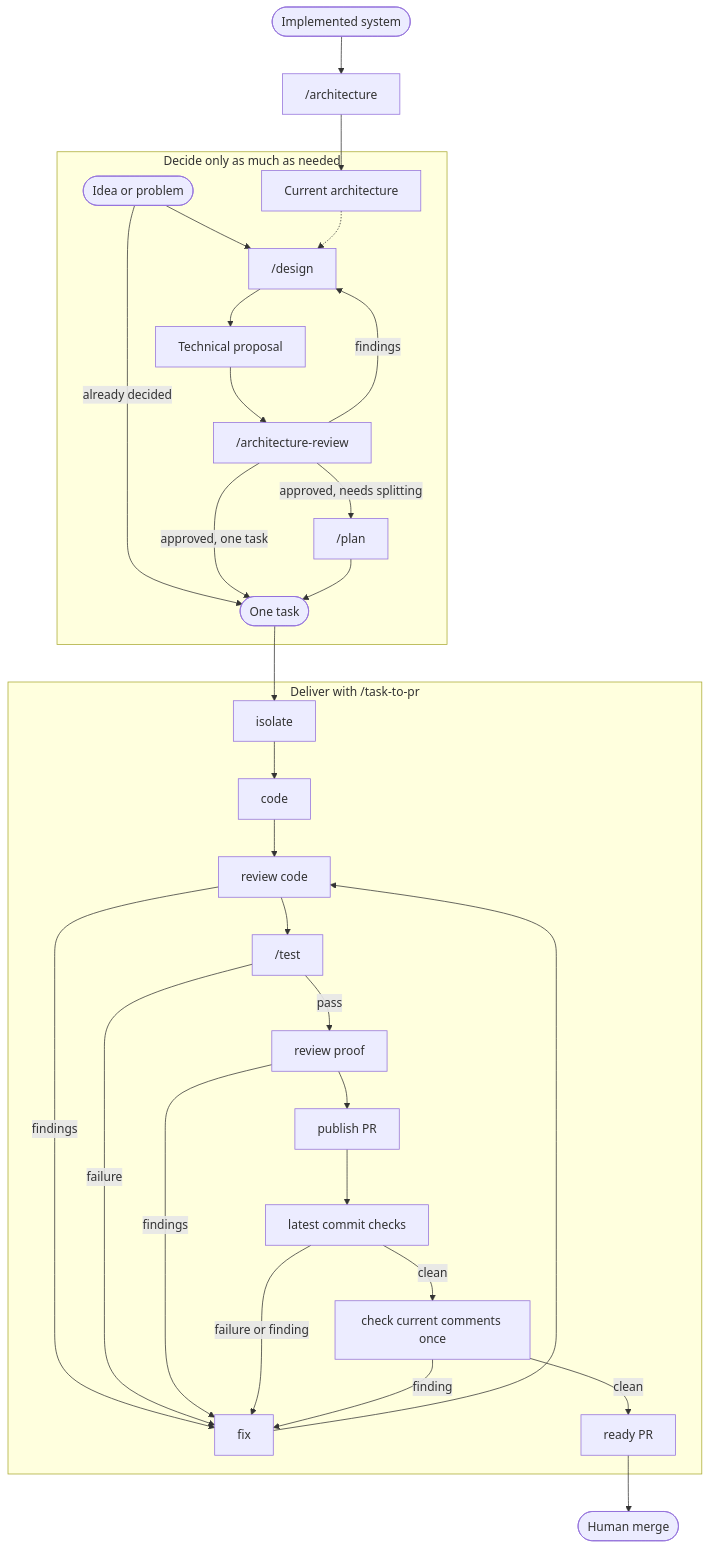
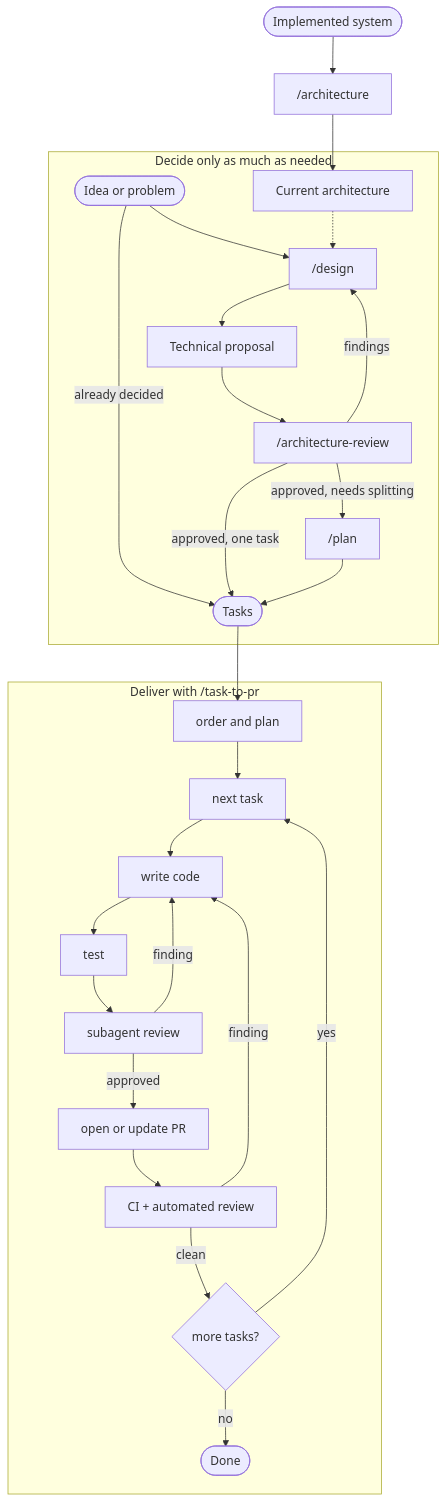
Before and after one commit to owainlewis/blueprint: the diagram in README.md, drawn with Mermaid. The commit also changed other lines of this file and 6 other files, not shown here.

Commit message:
feat(task-to-pr): support multiple tasks

````diff
--- a/README.md
+++ b/README.md
@@ -31,29 +30,25 @@
 ```mermaid
 flowchart TB
     Existing([Implemented system]) --> Architecture["/architecture"]
     Architecture --> Current["Current architecture"]
 
     subgraph Decide["Decide only as much as needed"]
         Idea([Idea or problem]) --> Design["/design"]
-        Idea -->|already decided| Task([One task])
+        Idea -->|already decided| Tasks([Tasks])
         Current -.-> Design
         Design --> Proposal["Technical proposal"] --> ArchitectureReview["/architecture-review"]
         ArchitectureReview -->|findings| Design
-        ArchitectureReview -->|approved, one task| Task
-        ArchitectureReview -->|approved, needs splitting| Plan["/plan"] --> Task
+        ArchitectureReview -->|approved, one task| Tasks
+        ArchitectureReview -->|approved, needs splitting| Plan["/plan"] --> Tasks
     end
 
     subgraph Deliver["Deliver with /task-to-pr"]
-        Task --> Isolate["isolate"] --> Code["code"] --> Review["review code"] --> Test["/test"]
-        Review -->|findings| Fix["fix"] --> Review
-        Test -->|failure| Fix
-        Test -->|pass| ProofReview["review proof"] --> Publish["publish PR"] --> Validate["latest commit checks"]
-        ProofReview -->|findings| Fix
-        Validate -->|failure or finding| Fix
-        Validate -->|clean| Human["check current comments once"]
-        Human -->|finding| Fix
-        Human -->|clean| PR["ready PR"]
+        Tasks --> Order["order and plan"] --> NextTask["next task"] --> Code["write code"] --> Test["test"] --> Review["subagent review"]
+        Review -->|finding| Code
+        Review -->|approved| PR["open or update PR"] --> Automated["CI + automated review"]
+        Automated -->|finding| Code
+        Automated -->|clean| Next{"more tasks?"}
+        Next -->|yes| NextTask
+        Next -->|no| Done([Done])
     end
-
-    PR --> Merge([Human merge])
 ```
````
